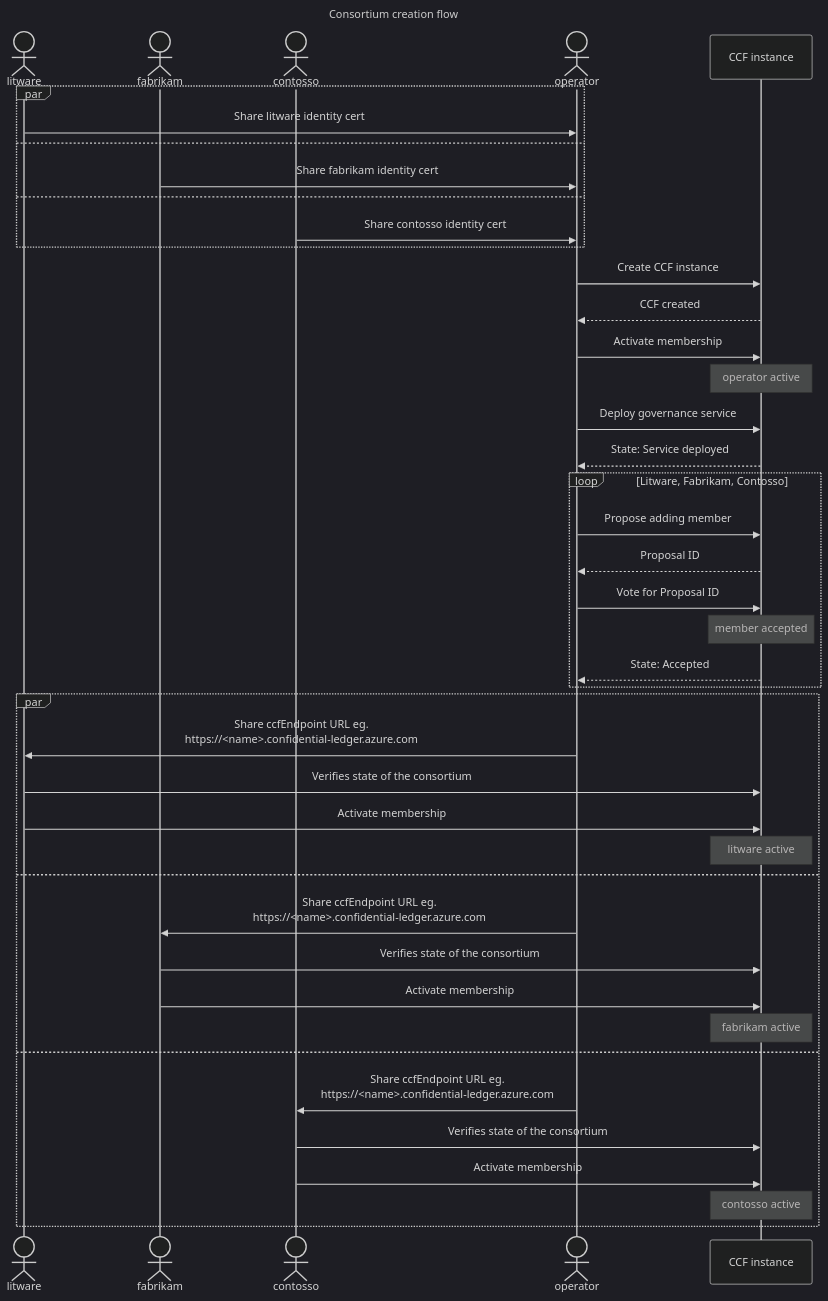
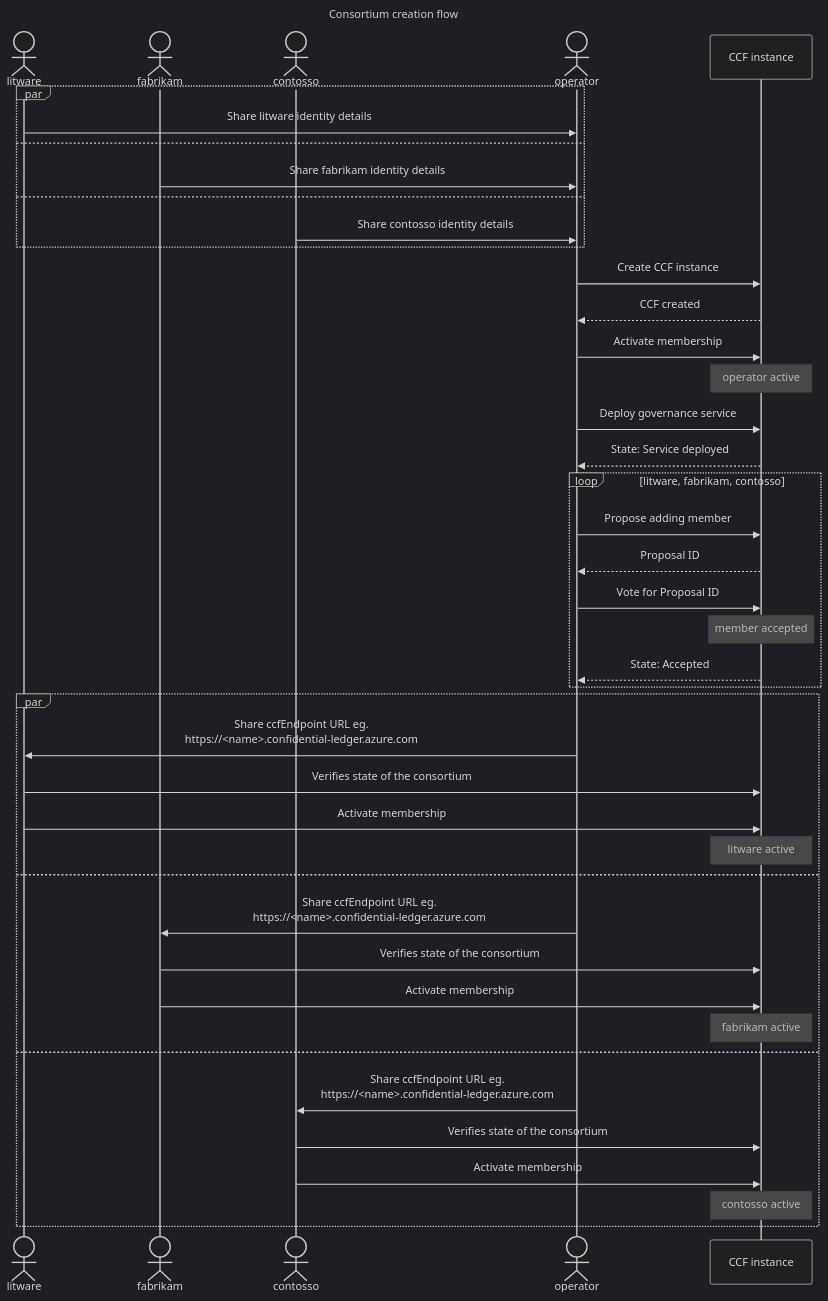
The second of 5 diagrams in README.md (hprabh/azure-cleanroom-samples), drawn with Mermaid (dark theme) before and after one commit. The commit also changed other lines of this file and 6 other files, not shown here.

````diff
--- a/README.md
+++ b/README.md
@@ -289,46 +285,47 @@
 ```mermaid
 sequenceDiagram
     title Consortium creation flow
     actor m0 as litware
     actor m1 as fabrikam
     actor m2 as contosso
     actor mx as operator
     participant CCF as CCF instance
 
     par
-      m0->>mx: Share litware identity cert
+      m0->>mx: Share litware identity details
     and
-      m1->>mx: Share fabrikam identity cert
+      m1->>mx: Share fabrikam identity details
     and
-      m2->>mx: Share contosso identity cert
+      m2->>mx: Share contosso identity details
     end
     mx->>CCF: Create CCF instance
+
     CCF-->>mx: CCF created
     mx->>CCF: Activate membership
     Note over CCF: operator active
     mx->>CCF: Deploy governance service
     CCF-->>mx: State: Service deployed
-    loop Litware, Fabrikam, Contosso
+    loop litware, fabrikam, contosso
       mx->>CCF: Propose adding member
       CCF-->>mx: Proposal ID
       mx->>CCF: Vote for Proposal ID
       Note over CCF: member accepted
       CCF-->>mx: State: Accepted
     end
     par
       mx->>m0: Share ccfEndpoint URL eg.<br>https://<name>.confidential-ledger.azure.com
       m0->>CCF: Verifies state of the consortium
       m0->>CCF: Activate membership
       Note over CCF: litware active
     and
       mx->>m1: Share ccfEndpoint URL eg.<br>https://<name>.confidential-ledger.azure.com
       m1->>CCF: Verifies state of the consortium
       m1->>CCF: Activate membership
       Note over CCF: fabrikam active
     and
       mx->>m2: Share ccfEndpoint URL eg.<br>https://<name>.confidential-ledger.azure.com
       m2->>CCF: Verifies state of the consortium
       m2->>CCF: Activate membership
       Note over CCF: contosso active
     end
 ```
````
